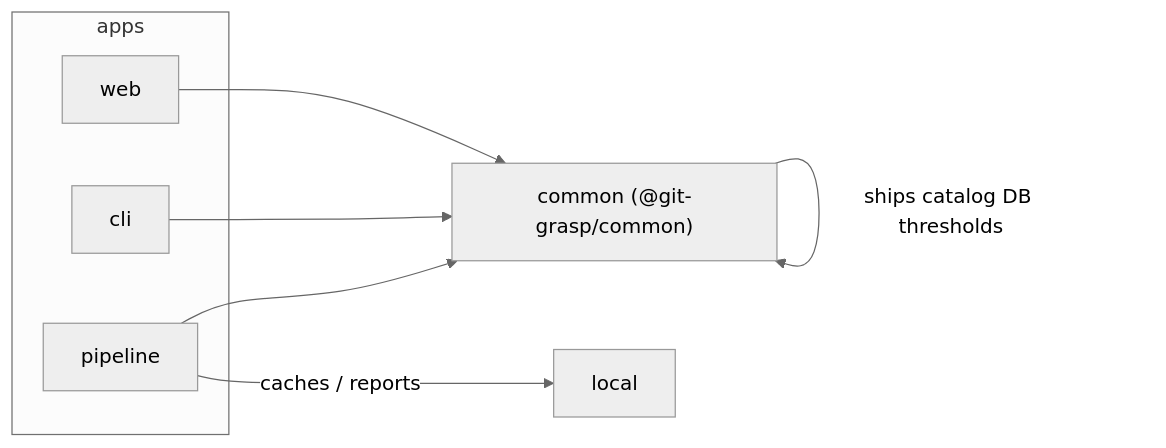
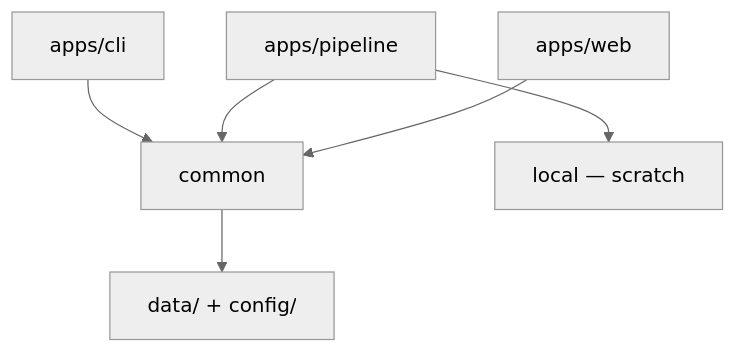
Before and after one commit to NuclearManatee/git-grasp: the diagram in docs/architecture.md, drawn with Mermaid (neutral theme). The commit also changed other lines of this file and 160 other files, not shown here.

First line of the commit message:
Ship taxonomy-driven catalog pipeline with named lifecycle stages.

````diff
--- a/docs/architecture.md
+++ b/docs/architecture.md
@@ -3,15 +5,13 @@
 ```mermaid
-flowchart LR
-  subgraph apps [apps]
-    cli[cli]
-    pipeline[pipeline]
-    web[web]
-  end
-  commonPkg["common (@git-grasp/common)"]
-  localDir[local]
+flowchart TB
+  cli[apps/cli]
+  pipeline[apps/pipeline]
+  web[apps/web]
+  commonPkg["common"]
+  localDir[local — scratch]
+  cli --> commonPkg
   pipeline --> commonPkg
-  cli --> commonPkg
   web --> commonPkg
-  pipeline -->|"caches / reports"| localDir
-  commonPkg -->|"ships catalog DB thresholds"| commonPkg
+  pipeline --> localDir
+  commonPkg --> data["data/ + config/"]
 ```
````
